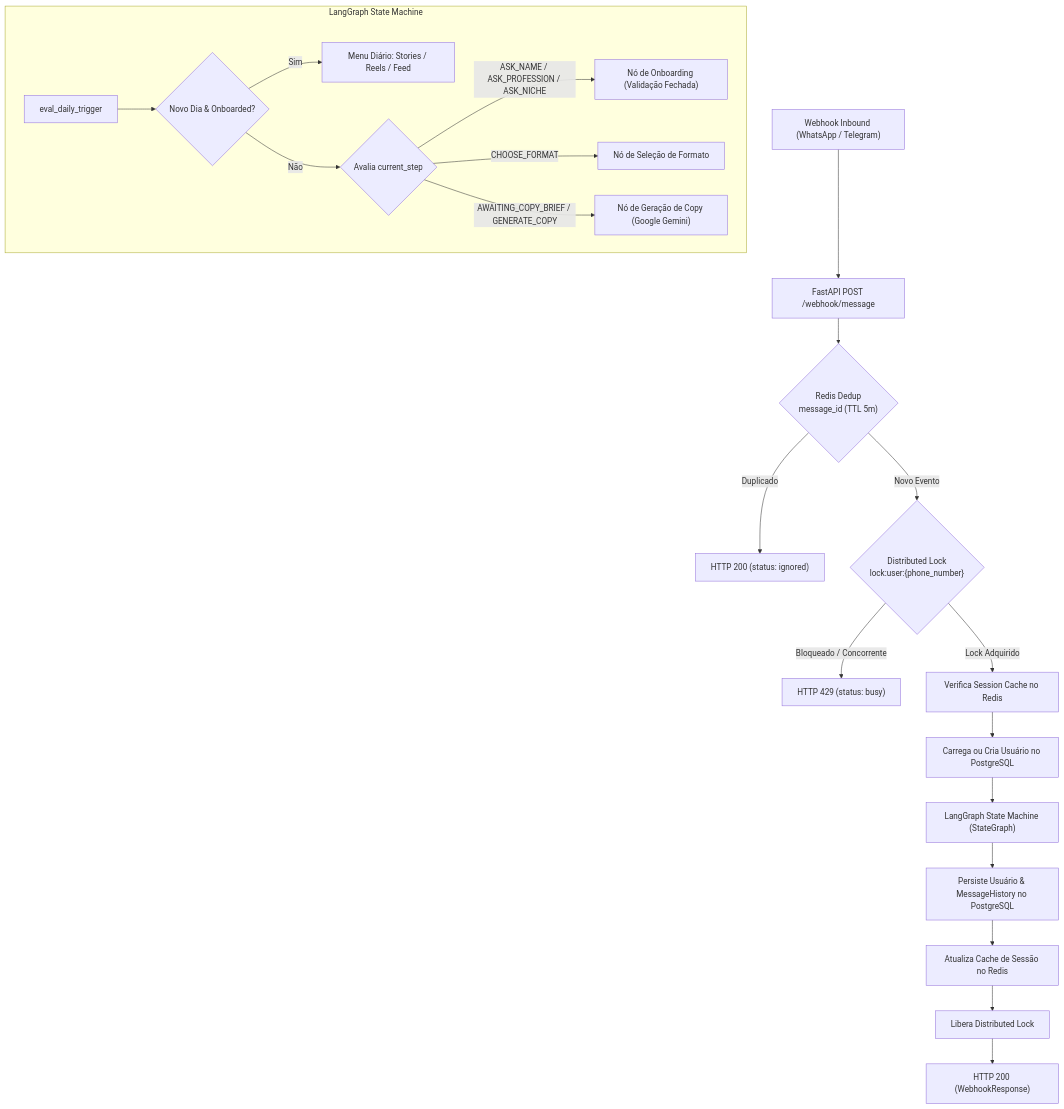
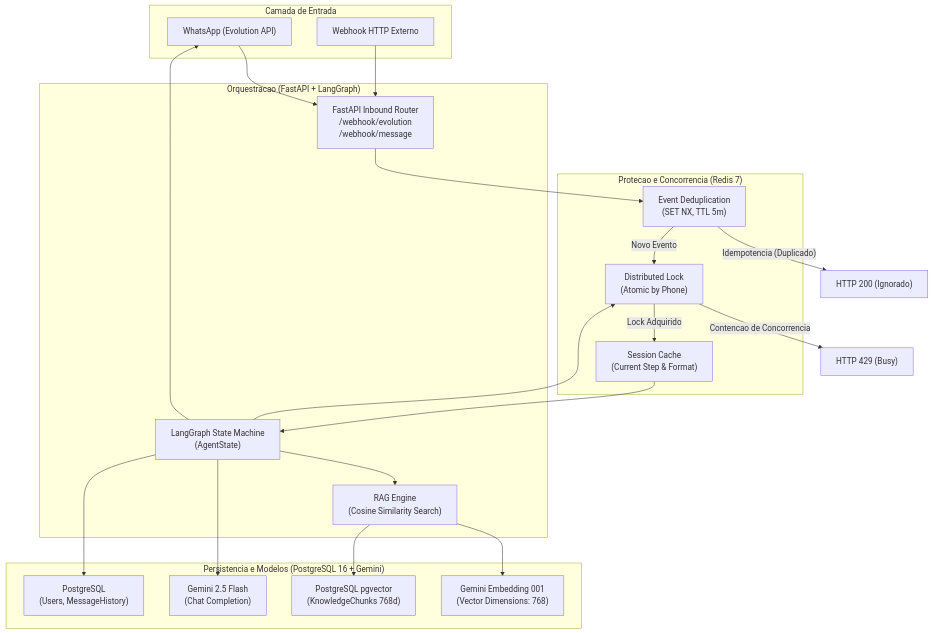
The first of 2 diagrams in README.md (augdev1/langchain-copy_chat), drawn with Mermaid before and after one commit. The commit also changed other lines of this file, not shown here.

Commit message:
docs: rewrite README with professional technical specifications and clear architecture diagrams

````diff
--- a/README.md
+++ b/README.md
@@ -9,25 +11,42 @@
 ```mermaid
 flowchart TD
-    WH["Webhook Inbound (WhatsApp / Telegram)"] --> API["FastAPI POST /webhook/message"]
-    API --> DEDUP{"Redis Dedup\nmessage_id (TTL 5m)"}
-    DEDUP -- "Duplicado" --> IGNORE["HTTP 200 (status: ignored)"]
-    DEDUP -- "Novo Evento" --> LOCK{"Distributed Lock\nlock:user:{phone_number}"}
-    LOCK -- "Bloqueado / Concorrente" --> BUSY["HTTP 429 (status: busy)"]
-    LOCK -- "Lock Adquirido" --> CACHE["Verifica Session Cache no Redis"]
-    CACHE --> DB_LOAD["Carrega ou Cria Usuário no PostgreSQL"]
-    DB_LOAD --> GRAPH["LangGraph State Machine (StateGraph)"]
-
-    subgraph LangGraph ["LangGraph State Machine"]
-        START["eval_daily_trigger"] --> ROUTE{"Novo Dia & Onboarded?"}
-        ROUTE -- "Sim" --> PROMPT_DAILY["Menu Diário: Stories / Reels / Feed"]
-        ROUTE -- "Não" --> STEP{"Avalia current_step"}
-        STEP -- "ASK_NAME / ASK_PROFESSION / ASK_NICHE" --> ONBOARDING["Nó de Onboarding (Validação Fechada)"]
-        STEP -- "CHOOSE_FORMAT" --> FORMAT_SELECT["Nó de Seleção de Formato"]
-        STEP -- "AWAITING_COPY_BRIEF / GENERATE_COPY" --> COPY_GEN["Nó de Geração de Copy (Google Gemini)"]
+    subgraph Client ["Camada de Entrada"]
+        WA["WhatsApp (Evolution API)"]
+        HTTP["Webhook HTTP Externo"]
     end
 
-    GRAPH --> DB_SAVE["Persiste Usuário & MessageHistory no PostgreSQL"]
-    DB_SAVE --> CACHE_SET["Atualiza Cache de Sessão no Redis"]
-    CACHE_SET --> UNLOCK["Libera Distributed Lock"]
-    UNLOCK --> RESP["HTTP 200 (WebhookResponse)"]
+    subgraph Gateway ["Protecao e Concorrencia (Redis 7)"]
+        DEDUP["Event Deduplication\n(SET NX, TTL 5m)"]
+        LOCK["Distributed Lock\n(Atomic by Phone)"]
+        CACHE["Session Cache\n(Current Step & Format)"]
+    end
+
+    subgraph Core ["Orquestracao (FastAPI + LangGraph)"]
+        API["FastAPI Inbound Router\n/webhook/evolution\n/webhook/message"]
+        GRAPH["LangGraph State Machine\n(AgentState)"]
+        RAG["RAG Engine\n(Cosine Similarity Search)"]
+    end
+
+    subgraph Storage ["Persistencia e Modelos (PostgreSQL 16 + Gemini)"]
+        PG_DB["PostgreSQL\n(Users, MessageHistory)"]
+        PG_VEC["PostgreSQL pgvector\n(KnowledgeChunks 768d)"]
+        GEMINI_EMBED["Gemini Embedding 001\n(Vector Dimensions: 768)"]
+        GEMINI_LLM["Gemini 2.5 Flash\n(Chat Completion)"]
+    end
+
+    WA --> API
+    HTTP --> API
+    API --> DEDUP
+    DEDUP -- "Idempotencia (Duplicado)" --> RET_DUP["HTTP 200 (Ignorado)"]
+    DEDUP -- "Novo Evento" --> LOCK
+    LOCK -- "Contencao de Concorrencia" --> RET_BUSY["HTTP 429 (Busy)"]
+    LOCK -- "Lock Adquirido" --> CACHE
+    CACHE --> GRAPH
+    GRAPH --> RAG
+    RAG --> GEMINI_EMBED
+    RAG --> PG_VEC
+    GRAPH --> GEMINI_LLM
+    GRAPH --> PG_DB
+    GRAPH --> LOCK
+    GRAPH --> WA
 ```
````
